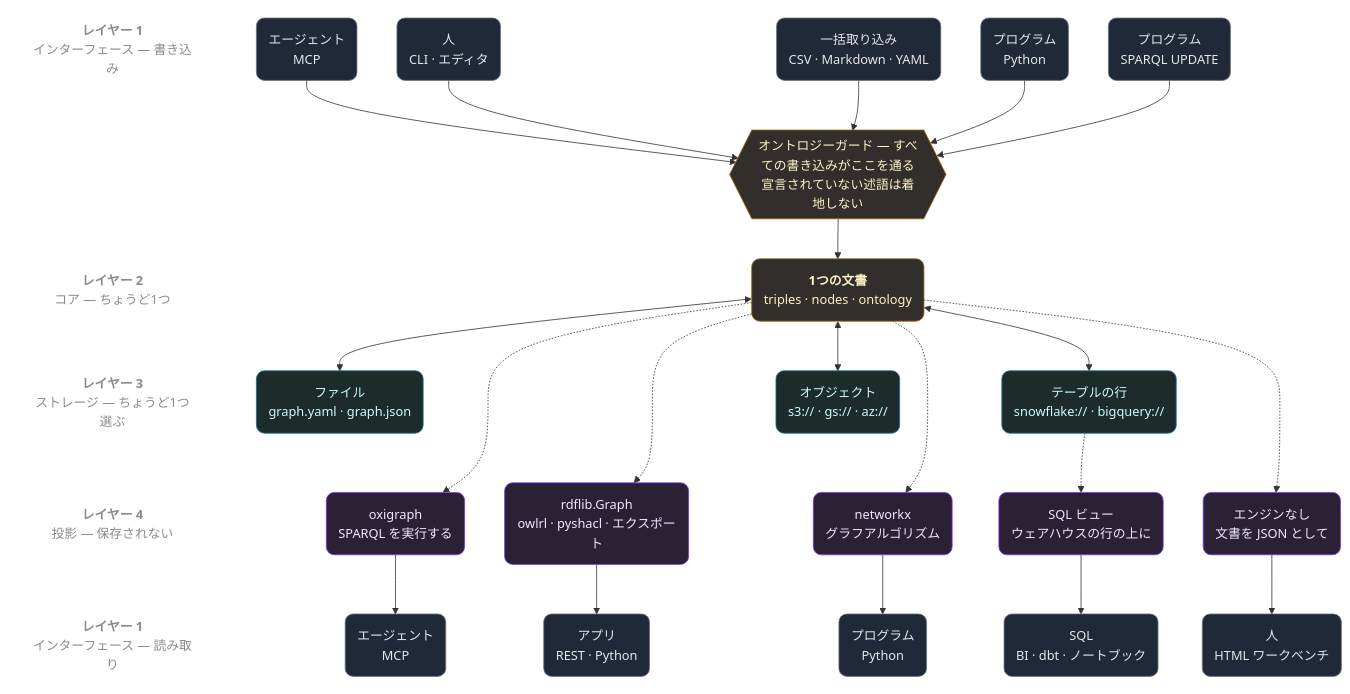
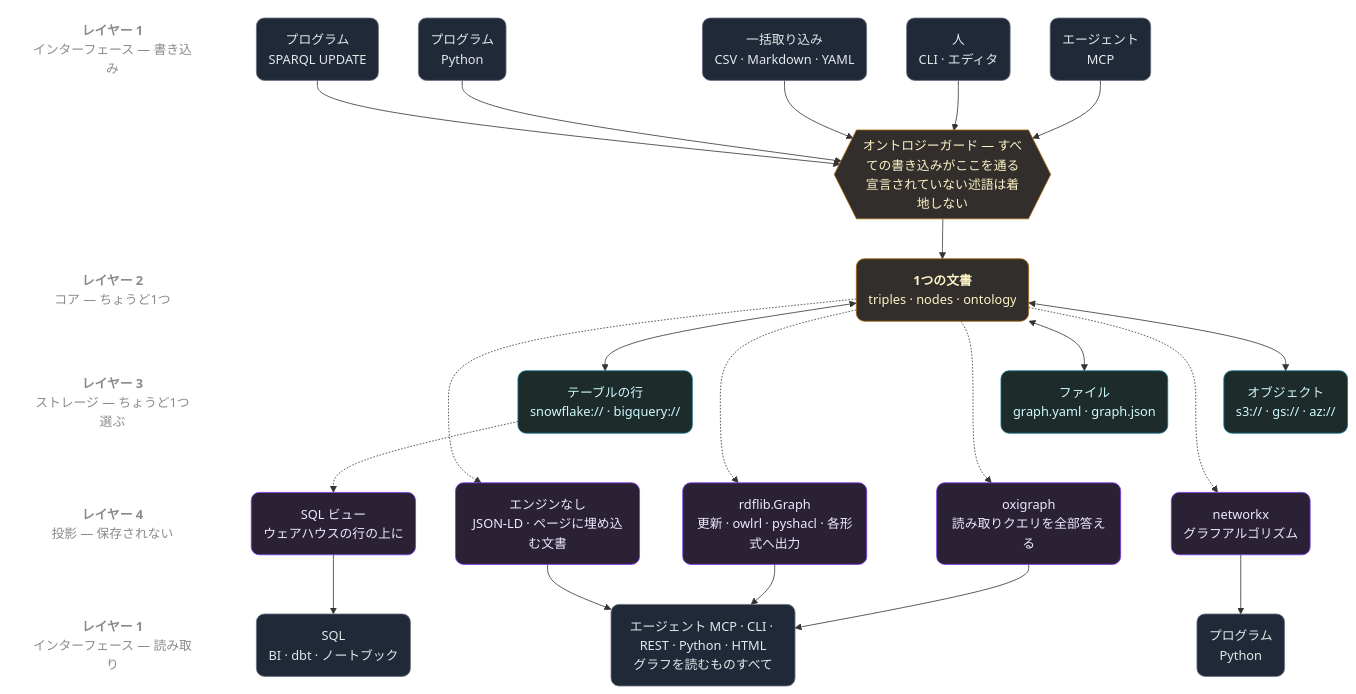
The first of 3 diagrams in docs/ARCHITECTURE_jp.md (RyutoYoda/trikedb), drawn with Mermaid before and after one commit. The commit also changed other lines of this file and 7 other files, not shown here.

````diff
--- a/docs/ARCHITECTURE_jp.md
+++ b/docs/ARCHITECTURE_jp.md
@@ -9,66 +9,64 @@
 ```mermaid
 flowchart TB
     LA["<b>レイヤー 1</b><br/>インターフェース — 書き込み"]
     LG[" "]
     LB["<b>レイヤー 2</b><br/>コア — ちょうど1つ"]
     LC["<b>レイヤー 3</b><br/>ストレージ — ちょうど1つ選ぶ"]
     LD["<b>レイヤー 4</b><br/>投影 — 保存されない"]
     LE["<b>レイヤー 1</b><br/>インターフェース — 読み取り"]
     LA ~~~ LG ~~~ LB ~~~ LC ~~~ LD ~~~ LE
 
     WA("エージェント<br/>MCP")
     WC("人<br/>CLI · エディタ")
     WI("一括取り込み<br/>CSV · Markdown · YAML")
     WP("プログラム<br/>Python")
     WU("プログラム<br/>SPARQL UPDATE")
     G{{"オントロジーガード — すべての書き込みがここを通る<br/>宣言されていない述語は着地しない"}}
     C("<b>1つの文書</b><br/>triples · nodes · ontology")
     SF("ファイル<br/>graph.yaml · graph.json")
     SO("オブジェクト<br/>s3:// · gs:// · az://")
     SW("テーブルの行<br/>snowflake:// · bigquery://")
-    PO("oxigraph<br/>SPARQL を実行する")
-    PR("rdflib.Graph<br/>owlrl · pyshacl · エクスポート")
+    PO("oxigraph<br/>読み取りクエリを全部答える")
+    PR("rdflib.Graph<br/>更新 · owlrl · pyshacl · 各形式へ出力")
     PN("networkx<br/>グラフアルゴリズム")
     PV("SQL ビュー<br/>ウェアハウスの行の上に")
-    PD("エンジンなし<br/>文書を JSON として")
-    RA("エージェント<br/>MCP")
-    RP("アプリ<br/>REST · Python")
+    PD("エンジンなし<br/>JSON-LD · ページに埋め込む文書")
+    RQ("エージェント MCP · CLI · REST · Python · HTML<br/>グラフを読むものすべて")
     RG("プログラム<br/>Python")
     RS("SQL<br/>BI · dbt · ノートブック")
-    RH("人<br/>HTML ワークベンチ")
 
     WA --> G
     WC --> G
     WI --> G
     WP --> G
     WU --> G
     G --> C
     C <--> SF
     C <--> SO
     C <--> SW
     SF ~~~ PO
     SF ~~~ PR
     SO ~~~ PN
     SW -.-> PV
     SW ~~~ PD
     C -.-> PO
     C -.-> PR
     C -.-> PN
     C -.-> PD
-    PO --> RA
-    PR --> RP
+    PO --> RQ
+    PR --> RQ
     PN --> RG
     PV --> RS
-    PD --> RH
+    PD --> RQ
 
     classDef lbl fill:none,stroke:none,color:#8b8b8b
     classDef iface fill:#1f2937,stroke:#6b7280,color:#e5e7eb,rx:10,ry:10
     classDef core fill:#312e2b,stroke:#a16207,color:#fef3c7,rx:10,ry:10
     classDef store fill:#1e2b2b,stroke:#0e7490,color:#cffafe,rx:10,ry:10
     classDef proj fill:#2a2135,stroke:#7c3aed,color:#ede9fe,rx:10,ry:10
     class LA,LG,LB,LC,LD,LE lbl
-    class WA,WC,WI,WP,WU,RA,RP,RG,RS,RH iface
+    class WA,WC,WI,WP,WU,RQ,RG,RS iface
     class C,G core
     class SF,SO,SW store
     class PO,PR,PN,PV,PD proj
 ```
````
